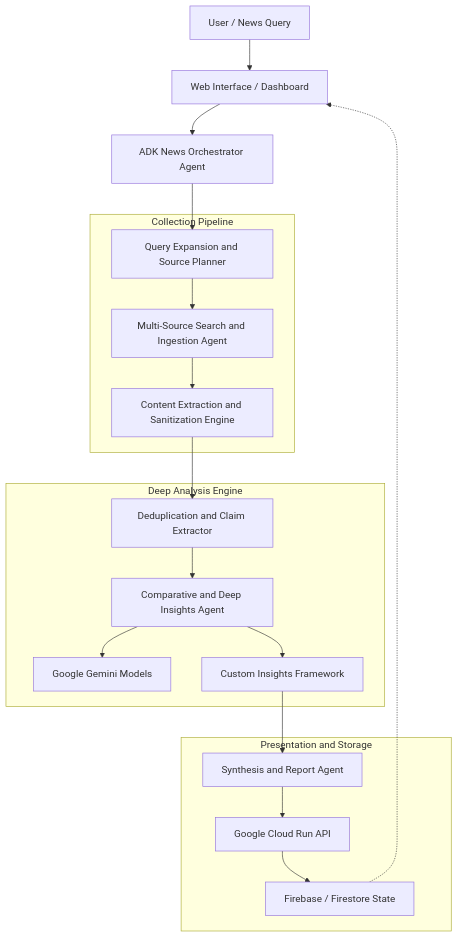
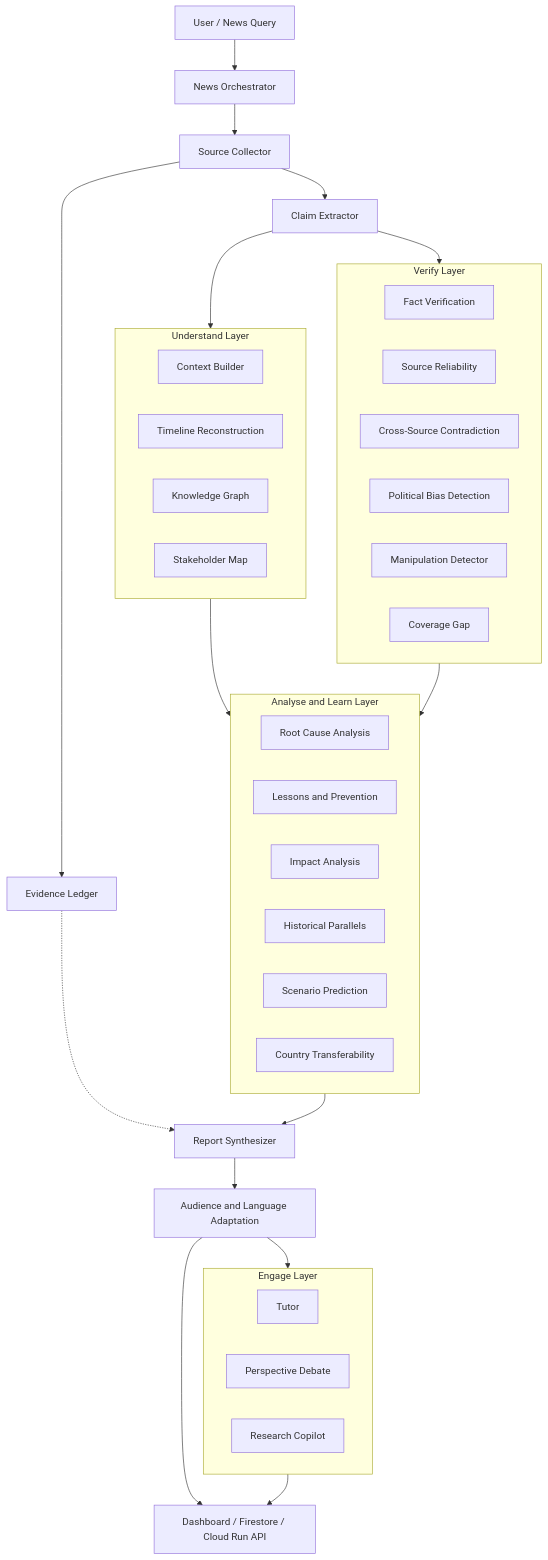
One commit to gowthamvarma/agentic-news changed the first of 2 diagrams in docs/news-analyser.md. Above: the diagram before and after it, drawn with Mermaid. The commit also changed other lines of this file, not shown here.

Commit message:
refactor: enhance multi-agent architecture and clarify system workflow in news analyser documentation

````diff
--- a/docs/news-analyser.md
+++ b/docs/news-analyser.md
@@ -43,30 +43,50 @@
 ```mermaid
 flowchart TD
-    User["User / News Query"] --> WebUI["Web Interface / Dashboard"]
-    WebUI --> Orchestrator["ADK News Orchestrator Agent"]
+    User["User / News Query"] --> Orchestrator["News Orchestrator"]
+    Orchestrator --> Collector["Source Collector"]
+    Collector --> Claims["Claim Extractor"]
+    Collector --> Ledger["Evidence Ledger"]
 
-    subgraph Collection_Pipeline ["Collection Pipeline"]
-        QueryExpander["Query Expansion and Source Planner"]
-        SearchAgent["Multi-Source Search and Ingestion Agent"]
-        Scraper["Content Extraction and Sanitization Engine"]
-        QueryExpander --> SearchAgent
-        SearchAgent --> Scraper
+    subgraph Understand ["Understand Layer"]
+        Context["Context Builder"]
+        Timeline["Timeline Reconstruction"]
+        Graph["Knowledge Graph"]
+        Stake["Stakeholder Map"]
     end
 
-    Orchestrator --> QueryExpander
-    Scraper --> ProcessingAgent["Deduplication and Claim Extractor"]
-
-    subgraph Analysis_Engine ["Deep Analysis Engine"]
-        ProcessingAgent --> AnalysisAgent["Comparative and Deep Insights Agent"]
-        AnalysisAgent --> Gemini["Google Gemini Models"]
-        AnalysisAgent --> DeepInsights["Custom Insights Framework"]
+    subgraph Verify ["Verify Layer"]
+        Fact["Fact Verification"]
+        Reliability["Source Reliability"]
+        Contradiction["Cross-Source Contradiction"]
+        Bias["Political Bias Detection"]
+        Manip["Manipulation Detector"]
+        Gap["Coverage Gap"]
     end
 
-    subgraph Presentation_Storage ["Presentation and Storage"]
-        DeepInsights --> Synthesizer["Synthesis and Report Agent"]
-        Synthesizer --> CloudRun["Google Cloud Run API"]
-        CloudRun --> Firebase["Firebase / Firestore State"]
+    subgraph Analyse ["Analyse and Learn Layer"]
+        Root["Root Cause Analysis"]
+        Lessons["Lessons and Prevention"]
+        Impact["Impact Analysis"]
+        History["Historical Parallels"]
+        Scenario["Scenario Prediction"]
+        Transfer["Country Transferability"]
     end
 
-    Firebase -.-> WebUI
+    Claims --> Understand
+    Claims --> Verify
+    Understand --> Analyse
+    Verify --> Analyse
+    Analyse --> Synthesizer["Report Synthesizer"]
+    Ledger -.-> Synthesizer
+    Synthesizer --> Adapt["Audience and Language Adaptation"]
+
+    subgraph Engage ["Engage Layer"]
+        Tutor["Tutor"]
+        Debate["Perspective Debate"]
+        Copilot["Research Copilot"]
+    end
+
+    Adapt --> Engage
+    Engage --> Output["Dashboard / Firestore / Cloud Run API"]
+    Adapt --> Output
 ```
````
